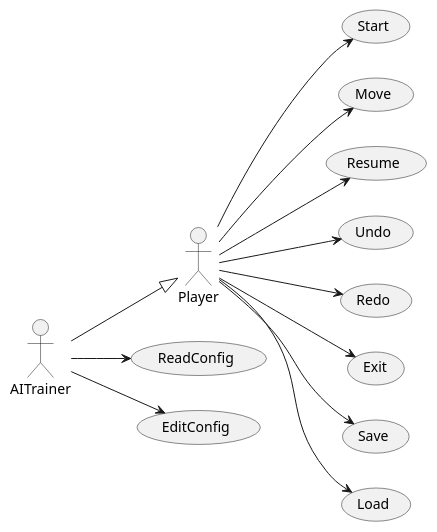
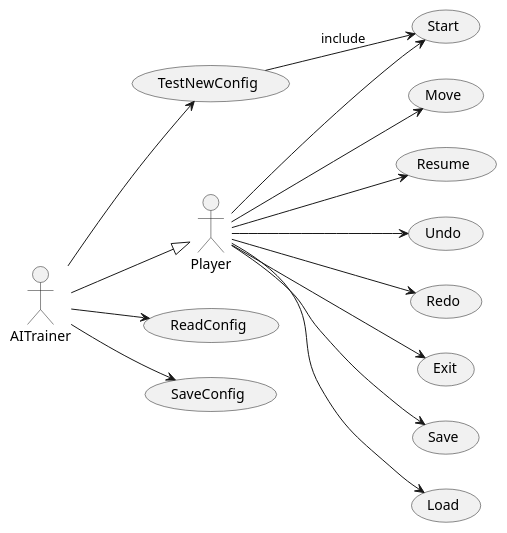
Before and after one commit to Master-Desarrollo-20-21/patrones-diseno---practica-final---juego-de-las-damas-fraylopez: the diagram in docs/src/use-cases/use-cases.plantuml, drawn with PlantUML. The commit also changed 3 other files, not shown here.

```diff
--- a/docs/src/use-cases/use-cases.plantuml
+++ b/docs/src/use-cases/use-cases.plantuml
@@ -1,31 +1,35 @@
 @startuml UseCases
 left to right direction
 actor Player
 actor AITrainer
 
 AITrainer -down-|> Player
 
 usecase Start
 usecase Move
 usecase Resume
 usecase Undo
 usecase Redo
 usecase Exit
 usecase Save
 usecase Load
 
 usecase ReadConfig
-usecase EditConfig
+usecase TestNewConfig
+usecase SaveConfig
 
 Player --> Start
 Player --> Move
 Player --> Undo
 Player --> Redo
 Player --> Exit
 Player --> Save
 Player --> Resume
 Player --> Load
 
 AITrainer --> ReadConfig
-AITrainer --> EditConfig
+AITrainer --> TestNewConfig
+AITrainer --> SaveConfig
+
+TestNewConfig --> Start :"include"
 @enduml
```
